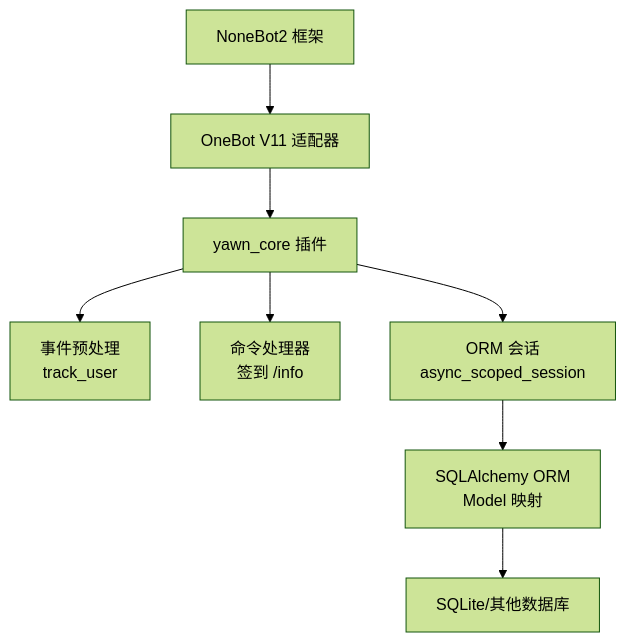
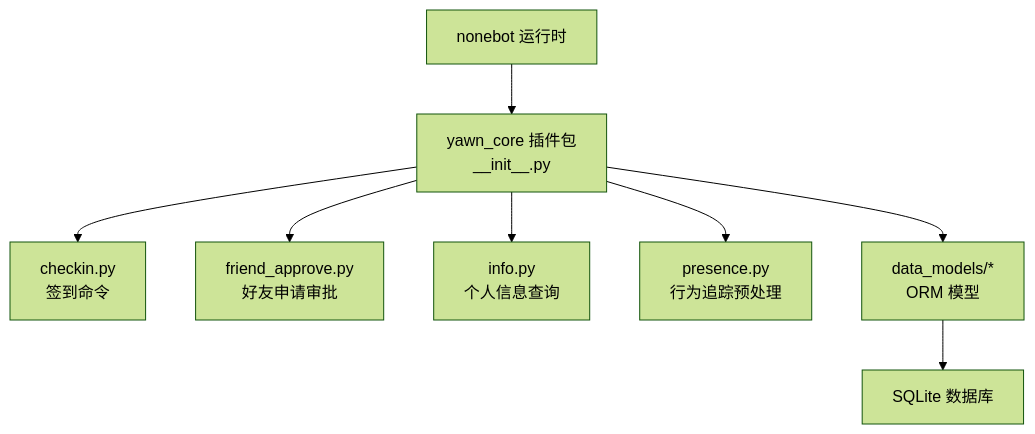
The first of 6 diagrams in .qoder/repowiki/zh/content/项目概述.md (Wohaokunr/yawn_bot), drawn with Mermaid (forest theme) before and after one commit. The commit also changed other lines of this file and 60 other files, not shown here.

````diff
--- a/.qoder/repowiki/zh/content/项目概述.md
+++ b/.qoder/repowiki/zh/content/项目概述.md
@@ -41,10 +40,10 @@
 ```mermaid
 graph TB
-A["NoneBot2 框架"] --> B["OneBot V11 适配器"]
-B --> C["yawn_core 插件"]
-C --> D["事件预处理<br/>track_user"]
-C --> E["命令处理器<br/>签到 /info"]
-C --> F["ORM 会话<br/>async_scoped_session"]
-F --> G["SQLAlchemy ORM<br/>Model 映射"]
-G --> H["SQLite/其他数据库"]
+A["nonebot 运行时"] --> B["yawn_core 插件包<br/>__init__.py"]
+B --> C["checkin.py<br/>签到命令"]
+B --> D["friend_approve.py<br/>好友申请审批"]
+B --> E["info.py<br/>个人信息查询"]
+B --> F["presence.py<br/>行为追踪预处理"]
+B --> G["data_models/*<br/>ORM 模型"]
+G --> H["SQLite 数据库"]
 ```
````
